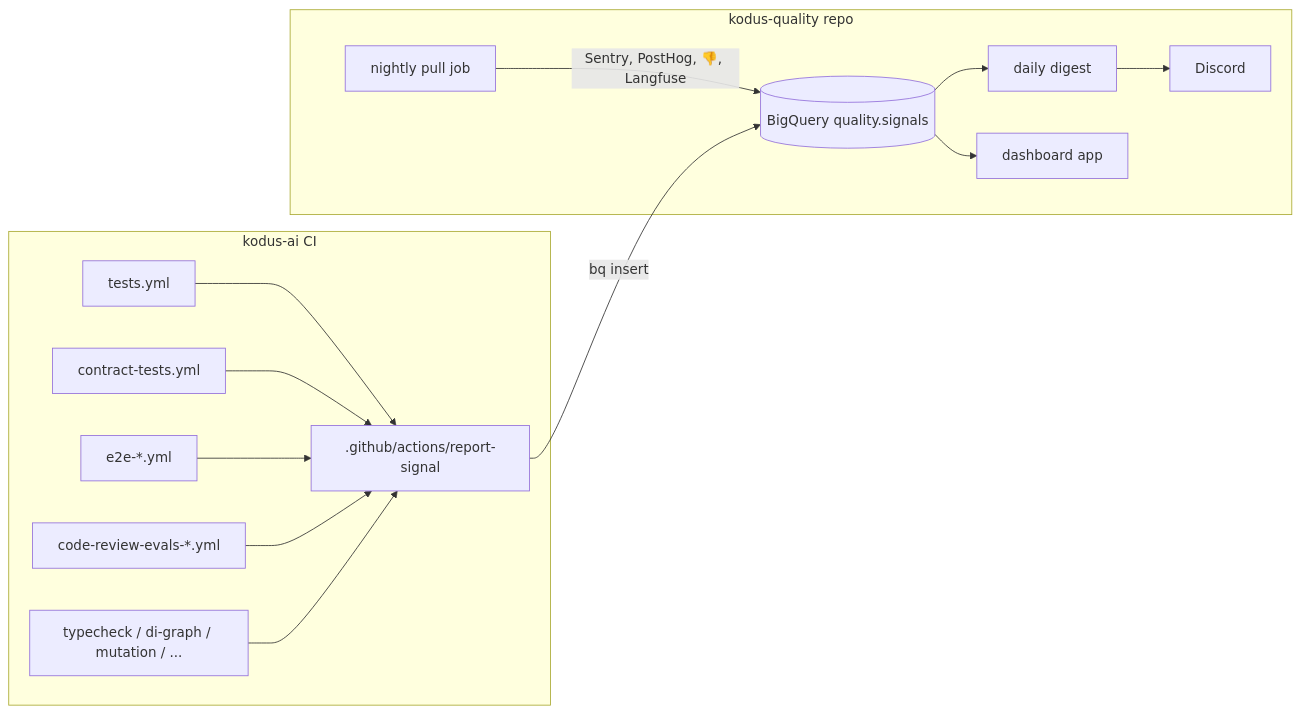
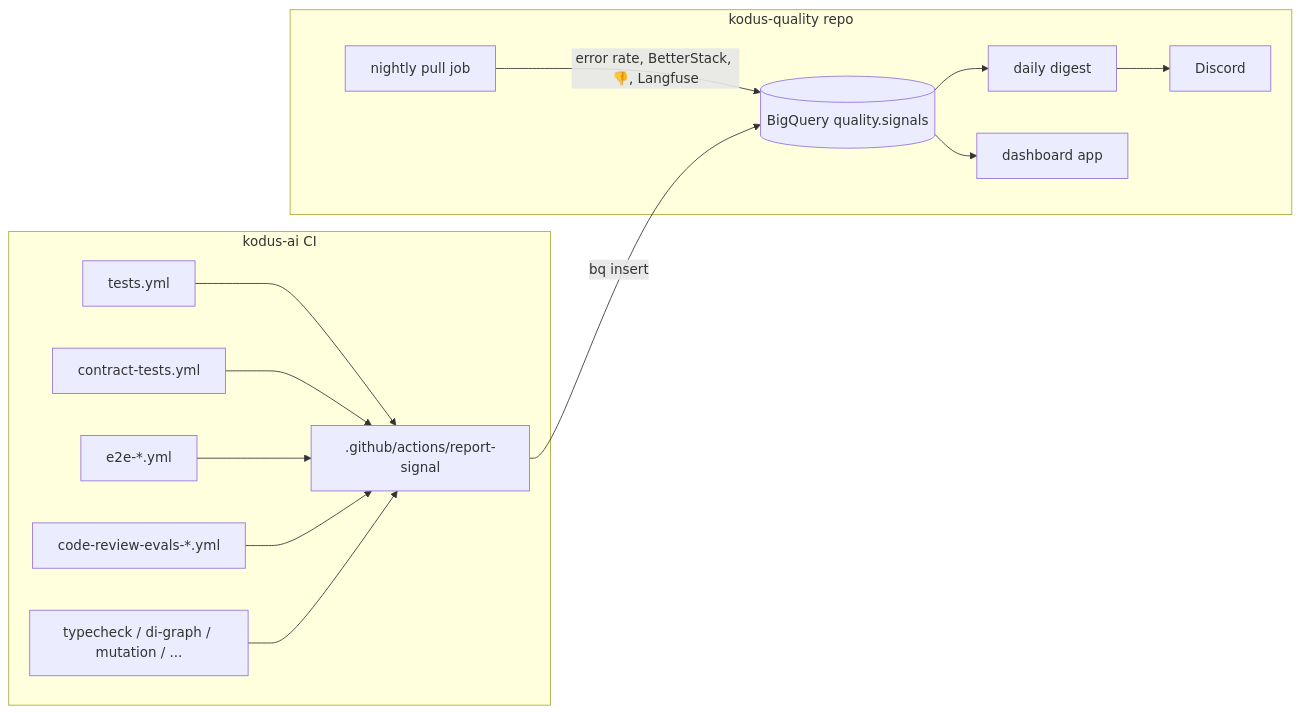
Before and after one commit to kodustech/kodus-ai: the diagram in docs/quality-signals-plan.md, drawn with Mermaid. The commit also changed other lines of this file and 1 other file, not shown here.

Commit message:
docs(quality): pull sources are mirror error rate, BetterStack, per-agent langfuse

````diff
--- a/docs/quality-signals-plan.md
+++ b/docs/quality-signals-plan.md
@@ -27,19 +27,19 @@
 ```mermaid
 flowchart LR
   subgraph kodus-ai CI
     W1[tests.yml] --> A
     W2[contract-tests.yml] --> A
     W3[e2e-*.yml] --> A
     W4[code-review-evals-*.yml] --> A
     W5[typecheck / di-graph / mutation / ...] --> A
     A[.github/actions/report-signal]
   end
   subgraph kodus-quality repo
-    P[nightly pull job] -->|Sentry, PostHog, 👎, Langfuse| T
+    P[nightly pull job] -->|error rate, BetterStack, 👎, Langfuse| T
     D[daily digest] --> Discord
     U[dashboard app]
   end
   A -->|bq insert| T[(BigQuery quality.signals)]
   T --> U
   T --> D
 ```
````
